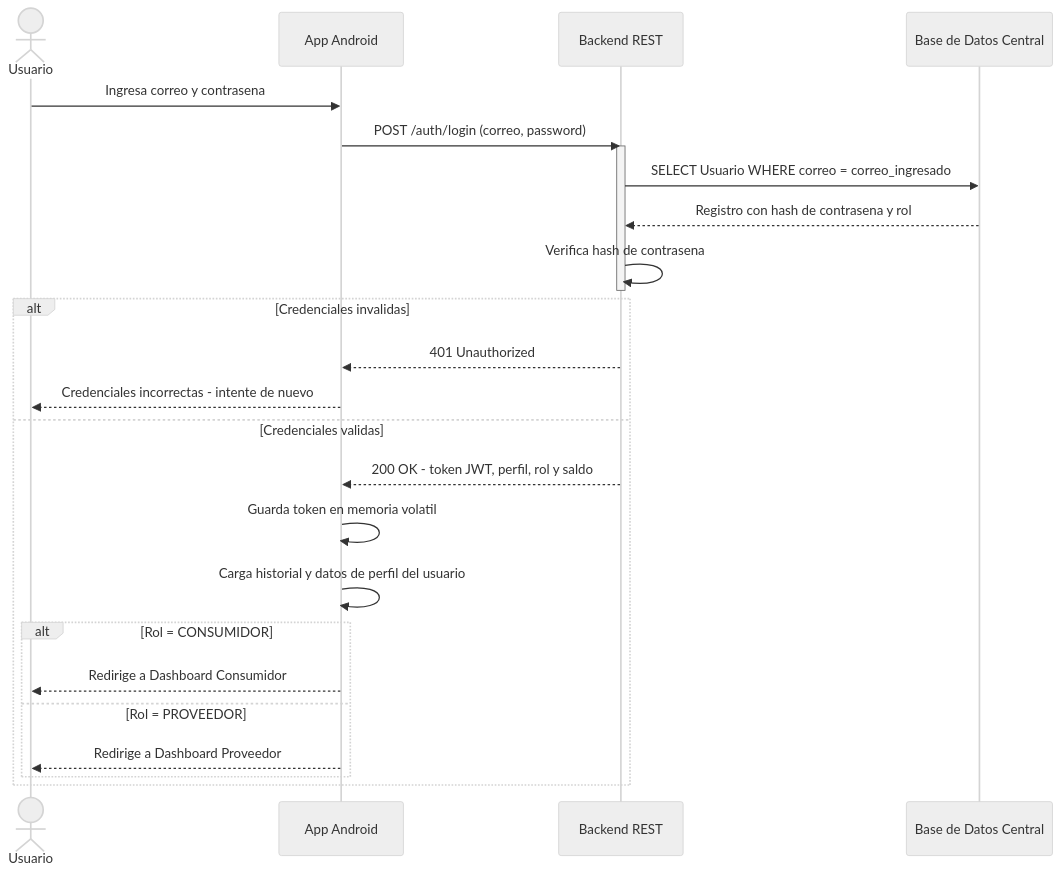
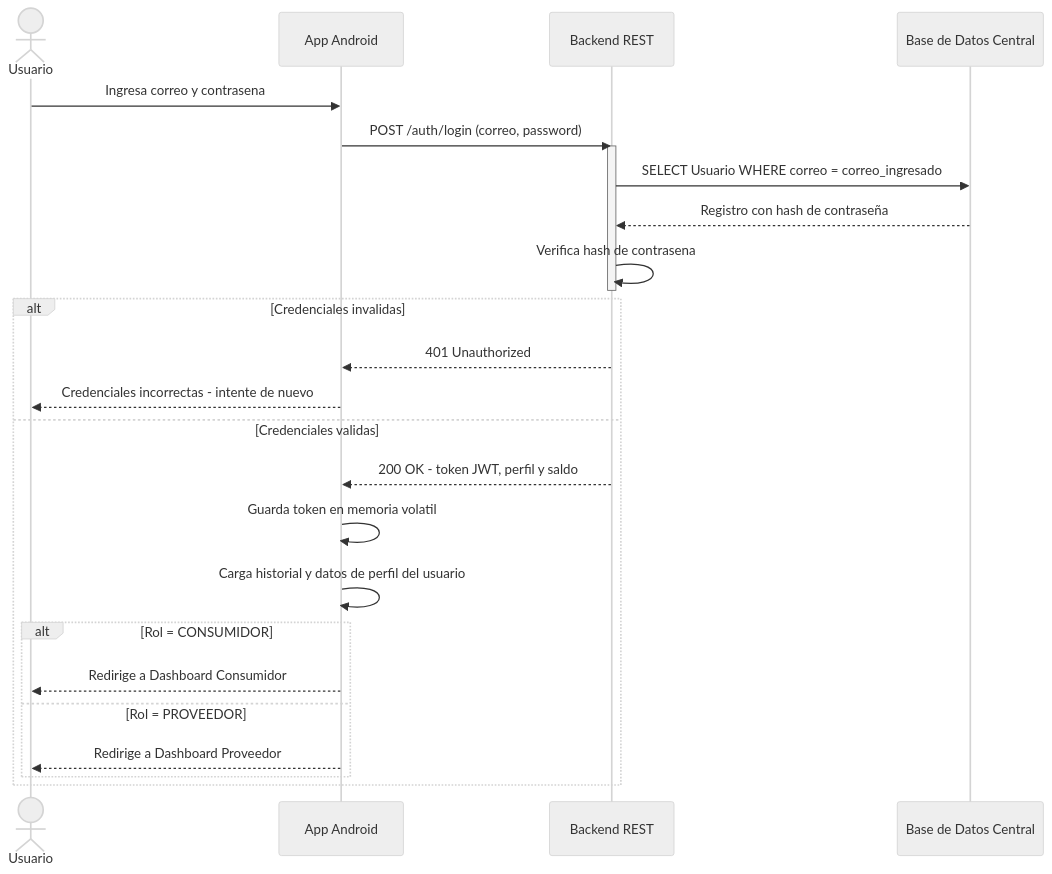
Before and after one commit to janmunoz21/Tesis: the second of 12 diagrams in README.md, drawn with Mermaid (neutral theme). The commit also changed other lines of this file, not shown here.

````diff
--- a/README.md
+++ b/README.md
@@ -55,28 +51,28 @@
 ```mermaid
 sequenceDiagram
     actor U as Usuario
     participant APP as App Android
     participant API as Backend REST
     participant DB as Base de Datos Central
 
     U->>APP: Ingresa correo y contrasena
     APP->>API: POST /auth/login (correo, password)
     activate API
     API->>DB: SELECT Usuario WHERE correo = correo_ingresado
-    DB-->>API: Registro con hash de contrasena y rol
+    DB-->>API: Registro con hash de contraseña
     API->>API: Verifica hash de contrasena
     deactivate API
     alt Credenciales invalidas
         API-->>APP: 401 Unauthorized
         APP-->>U: Credenciales incorrectas - intente de nuevo
     else Credenciales validas
-        API-->>APP: 200 OK - token JWT, perfil, rol y saldo
+        API-->>APP: 200 OK - token JWT, perfil y saldo
         APP->>APP: Guarda token en memoria volatil
         APP->>APP: Carga historial y datos de perfil del usuario
         alt Rol = CONSUMIDOR
             APP-->>U: Redirige a Dashboard Consumidor
         else Rol = PROVEEDOR
             APP-->>U: Redirige a Dashboard Proveedor
         end
     end
 ```
````
